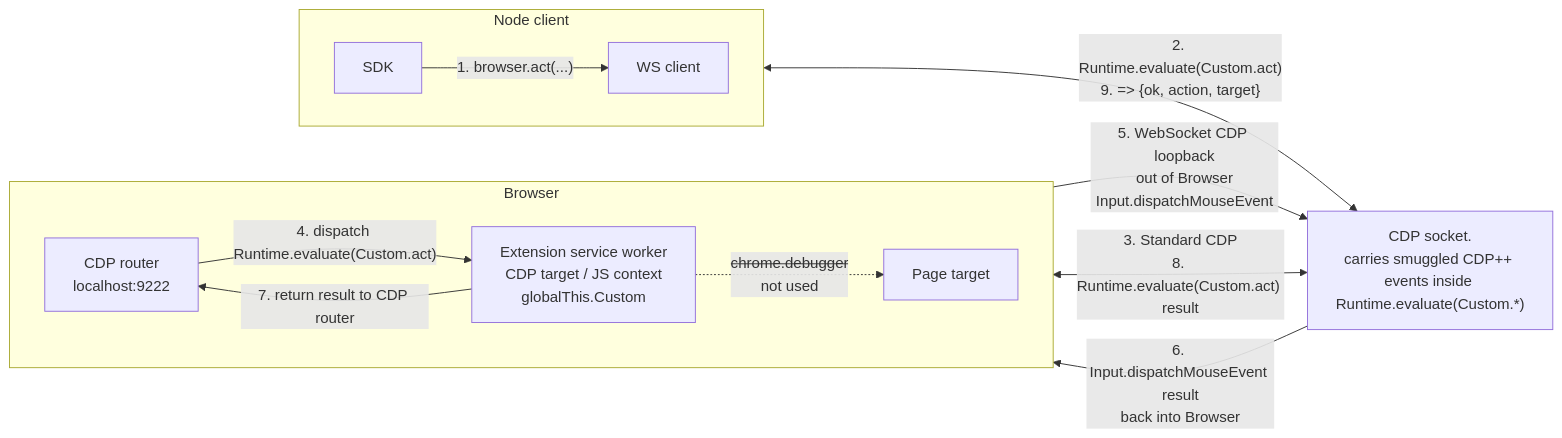
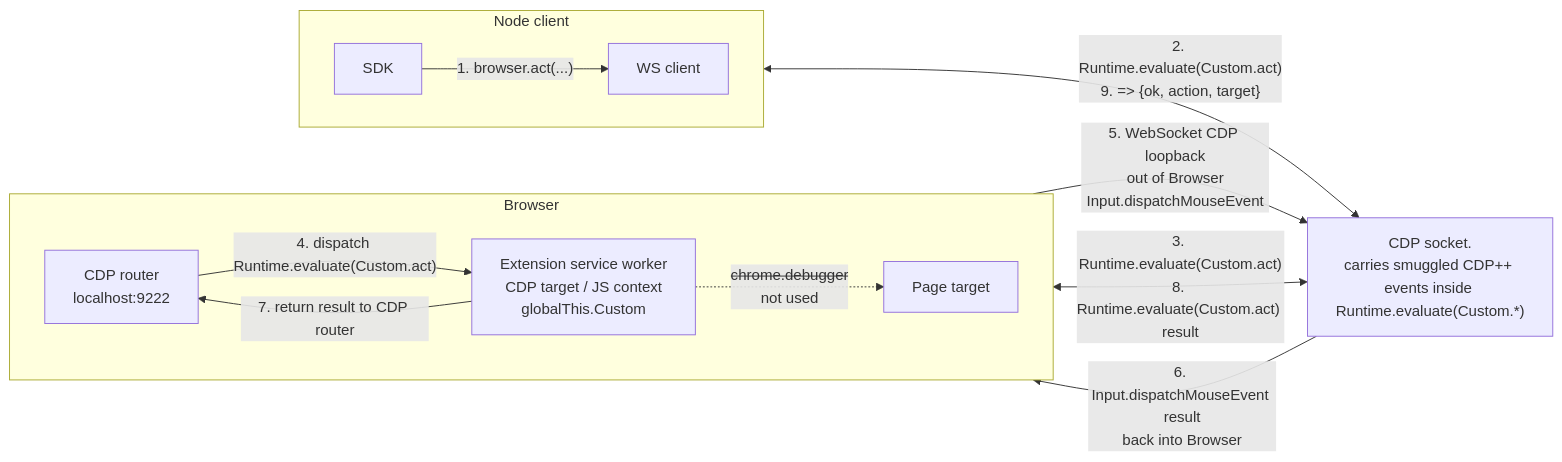
One commit to pirate/chrome-cdp-extension-bridge changed the third of 4 diagrams in README.md. Above: the diagram before and after it, drawn with Mermaid. The commit also changed other lines of this file, not shown here.

Commit message:
Use concrete Runtime.evaluate transport labels

````diff
--- a/README.md
+++ b/README.md
@@ -105,26 +105,26 @@
 ```mermaid
 flowchart LR
   subgraph Node["Node client"]
     direction LR
     SDK["SDK"]
     WS["WS client"]
     SDK -->|"1. browser.act(...)"| WS
   end
 
   subgraph Browser["Browser"]
     direction LR
     CDP["CDP router<br/>localhost:9222"]
     SW["Extension service worker<br/>CDP target / JS context<br/>globalThis.Custom"]
     Page["Page target"]
     CDP -->|"4. dispatch Runtime.evaluate(Custom.act)"| SW
     SW -. "<s>chrome.debugger</s><br/>not used" .-> Page
   end
 
   Socket["CDP socket.<br/>carries smuggled CDP++ events inside Runtime.evaluate(Custom.*)"]
 
   WS <-->|"2. Runtime.evaluate(Custom.act)<br/>9. => {ok, action, target}"| Socket
-  Socket <-->|"3. Standard CDP<br/>8. Runtime.evaluate(Custom.act) result"| CDP
+  Socket <-->|"3. Runtime.evaluate(Custom.act)<br/>8. Runtime.evaluate(Custom.act) result"| CDP
   SW -->|"5. WebSocket CDP loopback<br/>out of Browser<br/>Input.dispatchMouseEvent"| Socket
   Socket -->|"6. Input.dispatchMouseEvent result<br/>back into Browser"| SW
   SW -->|"7. return result to CDP router"| CDP
 ```
````
